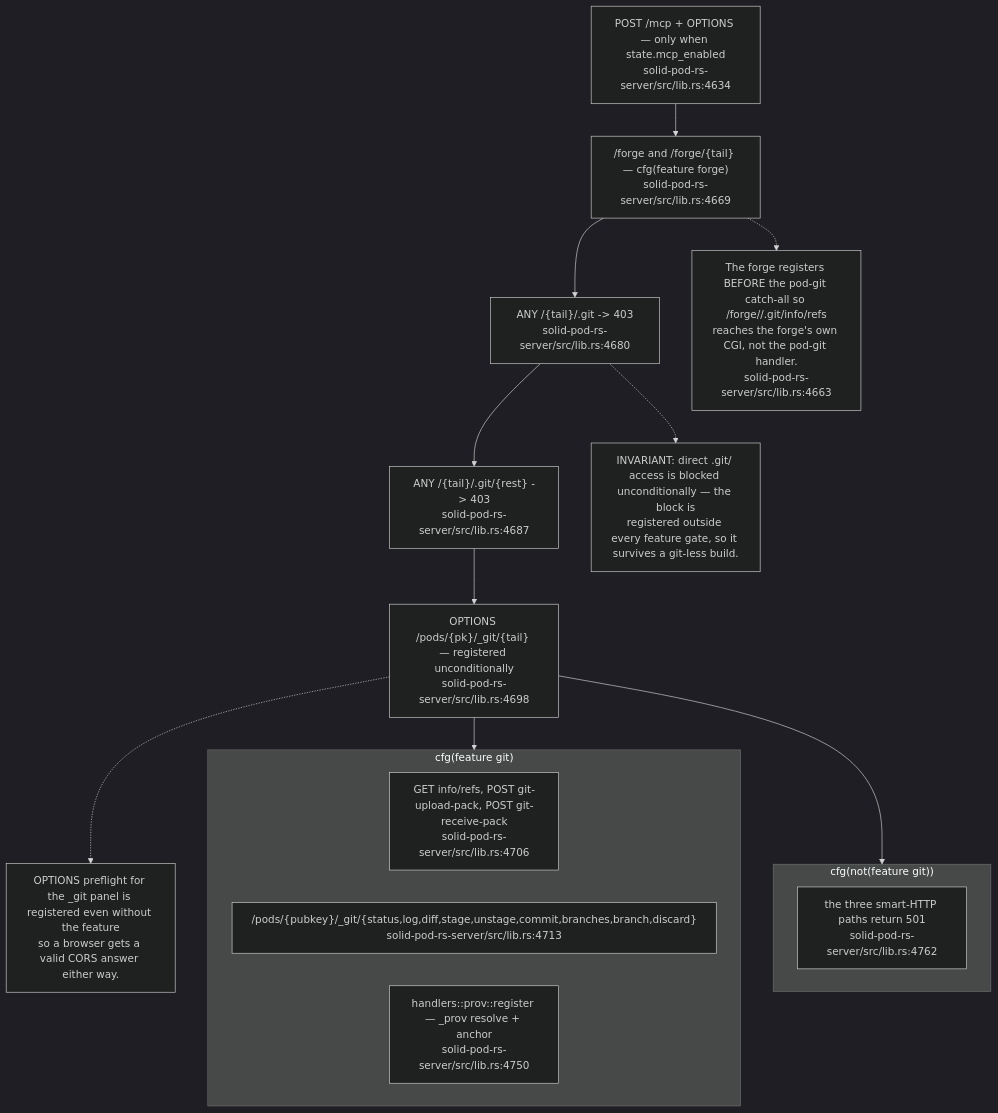
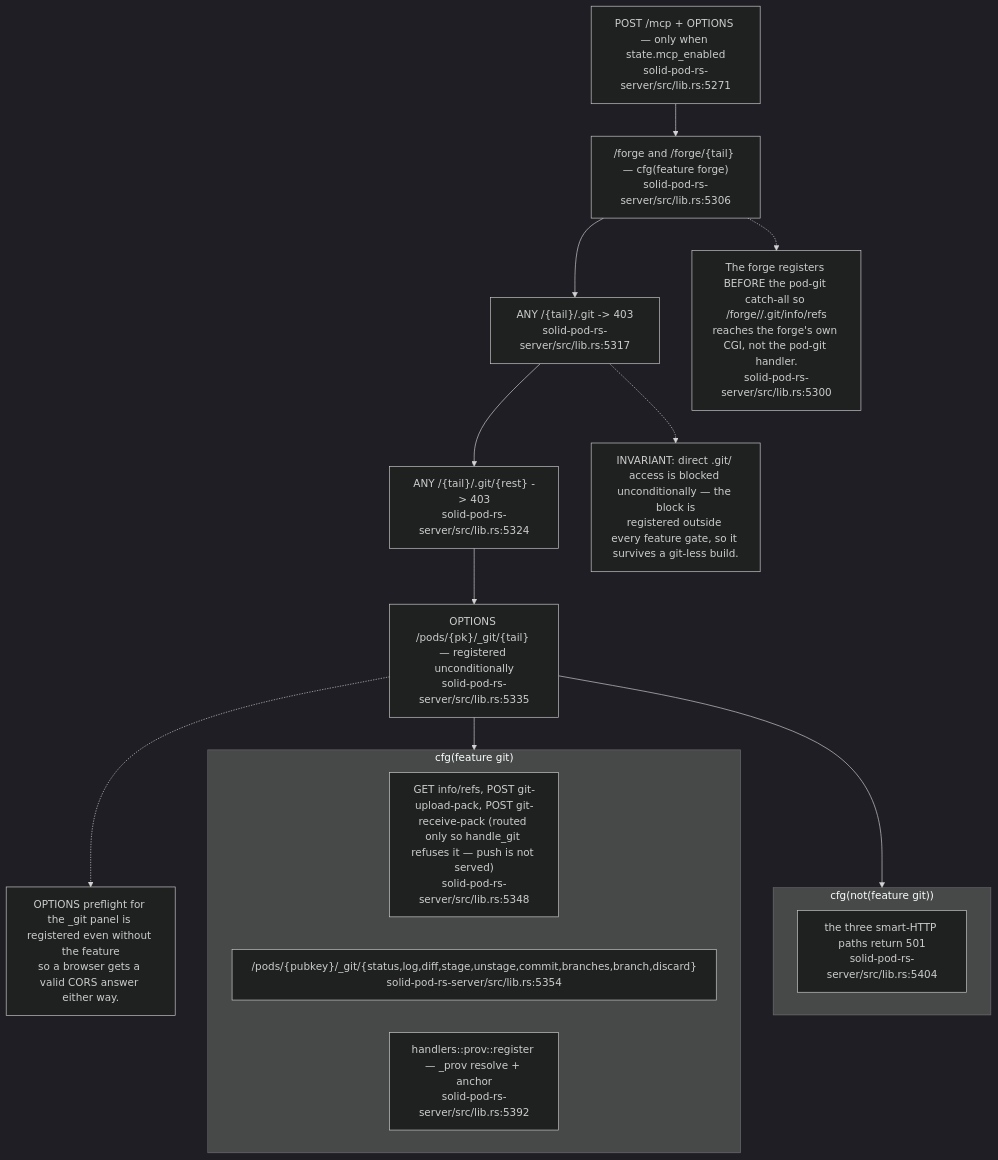
The ninth of 11 diagrams in docs/diagrams/solid-pod-rs/02-server-boot-and-routes.md (DreamLab-AI/VisionFlow), drawn with Mermaid (dark theme) before and after one commit. The commit also changed other lines of this file and 160 other files, not shown here.

````diff
--- a/docs/diagrams/solid-pod-rs/02-server-boot-and-routes.md
+++ b/docs/diagrams/solid-pod-rs/02-server-boot-and-routes.md
@@ -239,27 +255,27 @@
 ```mermaid
 flowchart TD
-    MCP["POST /mcp + OPTIONS — only when state.mcp_enabled<br/>solid-pod-rs-server/src/lib.rs:4634"]
-    FORGE["/forge and /forge/{tail} — cfg(feature forge)<br/>solid-pod-rs-server/src/lib.rs:4669"]
-    BLOCK1["ANY /{tail}/.git -> 403<br/>solid-pod-rs-server/src/lib.rs:4680"]
-    BLOCK2["ANY /{tail}/.git/{rest} -> 403<br/>solid-pod-rs-server/src/lib.rs:4687"]
-    PANEL_OPT["OPTIONS /pods/{pk}/_git/{tail} — registered unconditionally<br/>solid-pod-rs-server/src/lib.rs:4698"]
+    MCP["POST /mcp + OPTIONS — only when state.mcp_enabled<br/>solid-pod-rs-server/src/lib.rs:5271"]
+    FORGE["/forge and /forge/{tail} — cfg(feature forge)<br/>solid-pod-rs-server/src/lib.rs:5306"]
+    BLOCK1["ANY /{tail}/.git -> 403<br/>solid-pod-rs-server/src/lib.rs:5317"]
+    BLOCK2["ANY /{tail}/.git/{rest} -> 403<br/>solid-pod-rs-server/src/lib.rs:5324"]
+    PANEL_OPT["OPTIONS /pods/{pk}/_git/{tail} — registered unconditionally<br/>solid-pod-rs-server/src/lib.rs:5335"]
 
     subgraph GITON["cfg(feature git)"]
-        SMART["GET info/refs, POST git-upload-pack, POST git-receive-pack<br/>solid-pod-rs-server/src/lib.rs:4706"]
-        PANEL["/pods/{pubkey}/_git/{status,log,diff,stage,unstage,commit,branches,branch,discard}<br/>solid-pod-rs-server/src/lib.rs:4713"]
-        PROVR["handlers::prov::register — _prov resolve + anchor<br/>solid-pod-rs-server/src/lib.rs:4750"]
+        SMART["GET info/refs, POST git-upload-pack, POST git-receive-pack (routed only so handle_git refuses it — push is not served)<br/>solid-pod-rs-server/src/lib.rs:5348"]
+        PANEL["/pods/{pubkey}/_git/{status,log,diff,stage,unstage,commit,branches,branch,discard}<br/>solid-pod-rs-server/src/lib.rs:5354"]
+        PROVR["handlers::prov::register — _prov resolve + anchor<br/>solid-pod-rs-server/src/lib.rs:5392"]
     end
     subgraph GITOFF["cfg(not(feature git))"]
-        R501["the three smart-HTTP paths return 501<br/>solid-pod-rs-server/src/lib.rs:4762"]
+        R501["the three smart-HTTP paths return 501<br/>solid-pod-rs-server/src/lib.rs:5404"]
     end
 
     MCP --> FORGE --> BLOCK1 --> BLOCK2 --> PANEL_OPT --> GITON
     PANEL_OPT --> GITOFF
 
     N1["INVARIANT: direct .git/ access is blocked unconditionally — the block is\nregistered outside every feature gate, so it survives a git-less build."]
     BLOCK1 -.-> N1
-    N2["The forge registers BEFORE the pod-git catch-all so /forge/<o>/<n>.git/info/refs\nreaches the forge's own CGI, not the pod-git handler.<br/>solid-pod-rs-server/src/lib.rs:4663"]
+    N2["The forge registers BEFORE the pod-git catch-all so /forge/<o>/<n>.git/info/refs\nreaches the forge's own CGI, not the pod-git handler.<br/>solid-pod-rs-server/src/lib.rs:5300"]
     FORGE -.-> N2
     N3["OPTIONS preflight for the _git panel is registered even without the feature\nso a browser gets a valid CORS answer either way."]
     PANEL_OPT -.-> N3
 ```
````
